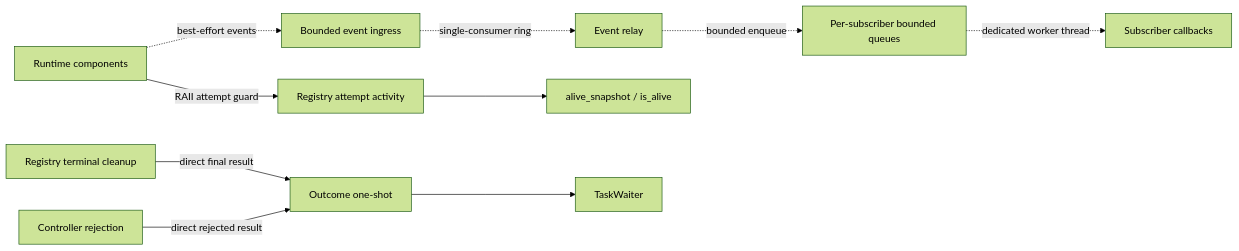
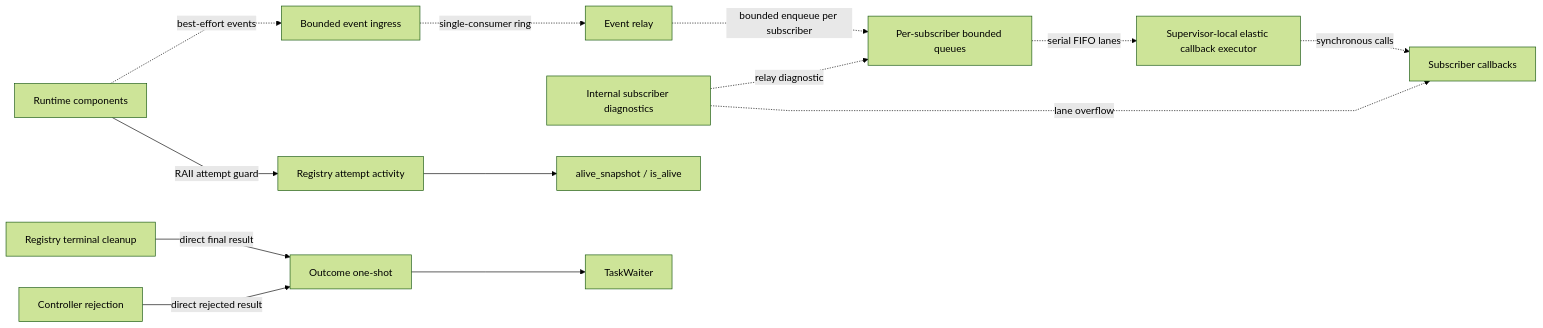
The seventh of 10 diagrams in src/ARCHITECTURE.md (soltiHQ/taskvisor), drawn with Mermaid (forest theme) before and after one commit. The commit also changed other lines of this file and 166 other files, not shown here.

````diff
--- a/src/ARCHITECTURE.md
+++ b/src/ARCHITECTURE.md
@@ -217,29 +293,34 @@
 ```mermaid
 %%{init: {"flowchart": {"curve": "linear"}}}%%
 flowchart LR
     Runtime["Runtime components"]
+    Diagnostics["Internal subscriber diagnostics"]
     Bus["Bounded event ingress"]
     Relay["Event relay"]
     Queues["Per-subscriber bounded queues"]
+    CallbackExecutor["Supervisor-local elastic callback executor"]
     Subscribers["Subscriber callbacks"]
 
     Activity["Registry attempt activity"]
     Query["alive_snapshot / is_alive"]
 
     Cleanup["Registry terminal cleanup"]
     Reject["Controller rejection"]
     Outcome["Outcome one-shot"]
     Waiter["TaskWaiter"]
 
     Runtime -. best-effort events .-> Bus
     Bus -. single-consumer ring .-> Relay
-    Relay -. bounded enqueue .-> Queues
-    Queues -. dedicated worker thread .-> Subscribers
+    Relay -. bounded enqueue per subscriber .-> Queues
+    Diagnostics -. relay diagnostic .-> Queues
+    Queues -. serial FIFO lanes .-> CallbackExecutor
+    CallbackExecutor -. synchronous calls .-> Subscribers
+    Diagnostics -. lane overflow .-> Subscribers
 
     Runtime -->|RAII attempt guard| Activity
     Activity --> Query
 
     Cleanup -->|direct final result| Outcome
     Reject -->|direct rejected result| Outcome
     Outcome --> Waiter
 ```
````
